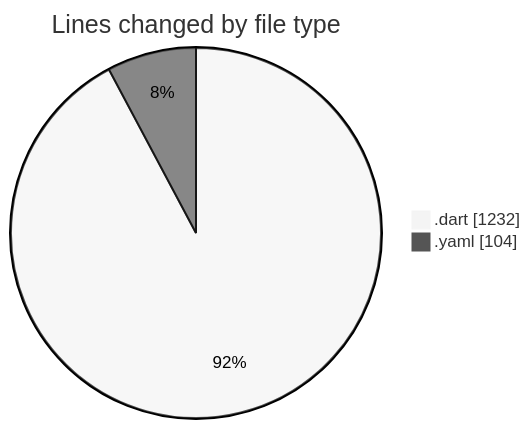
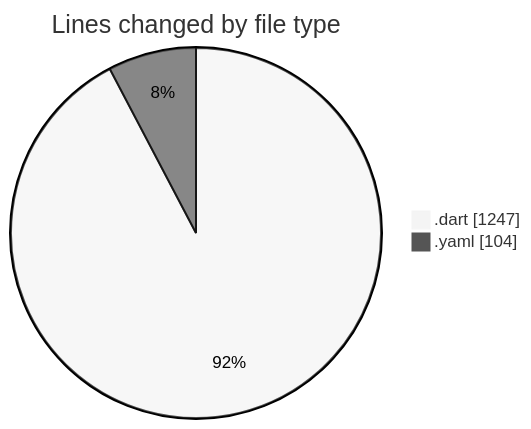
One commit to donsfak/code-tracking changed the first of 2 diagrams in 2025-03-08/uber_clone/README.md. Above: the diagram before and after it, drawn with Mermaid (neutral theme). The commit also changed other lines of this file and 1 other file, not shown here.

````diff
--- a/2025-03-08/uber_clone/README.md
+++ b/2025-03-08/uber_clone/README.md
@@ -22,6 +22,6 @@
 ```mermaid
 pie showData
 title Lines changed by file type
-".dart" : 1232
+".dart" : 1247
 ".yaml" : 104
 ```
````
